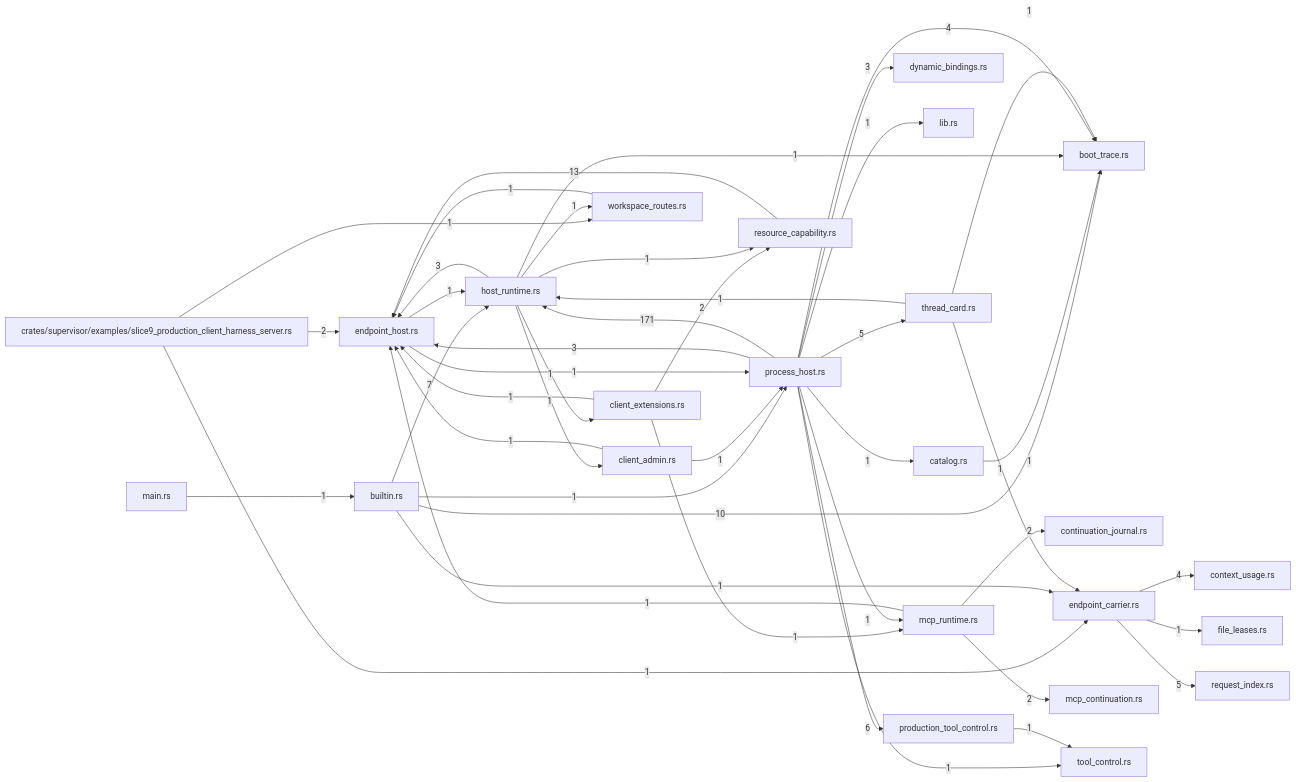
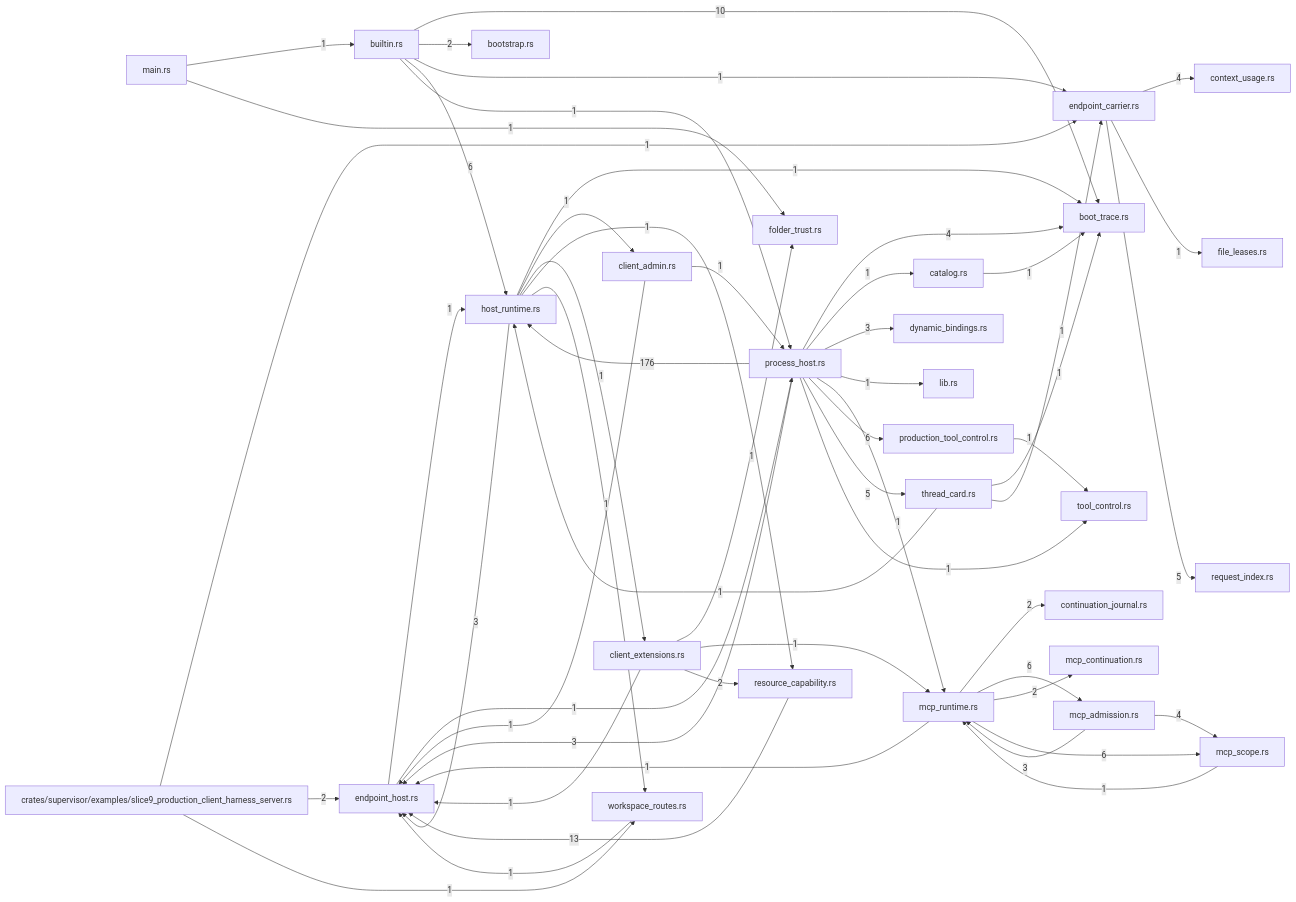
One commit to TekesApps/TekesKernel changed the diagram in crates/supervisor/docs/generated/index.md. Above: the diagram before and after it, drawn with Mermaid. The commit also changed other lines of this file and 147 other files, not shown here.

Commit message:
Enforce host folder trust and canonical MCP ownership (#75)

````diff
--- a/crates/supervisor/docs/generated/index.md
+++ b/crates/supervisor/docs/generated/index.md
@@ -102,70 +109,82 @@
 flowchart LR
   m0["crates/supervisor/examples/slice9_production_client_harness_server.rs"]
   m1["boot_trace.rs"]
-  m2["builtin.rs"]
-  m3["catalog.rs"]
-  m4["client_admin.rs"]
-  m5["client_extensions.rs"]
-  m6["context_usage.rs"]
-  m7["continuation_journal.rs"]
-  m8["dynamic_bindings.rs"]
-  m9["endpoint_carrier.rs"]
-  m10["endpoint_host.rs"]
-  m11["file_leases.rs"]
-  m12["host_runtime.rs"]
-  m13["lib.rs"]
-  m14["main.rs"]
-  m15["mcp_continuation.rs"]
-  m16["mcp_runtime.rs"]
-  m17["process_host.rs"]
-  m18["production_tool_control.rs"]
-  m19["request_index.rs"]
-  m20["resource_capability.rs"]
-  m21["thread_card.rs"]
-  m22["tool_control.rs"]
-  m23["workspace_routes.rs"]
-  m0 -->|"1"| m9
-  m0 -->|"2"| m10
-  m0 -->|"1"| m23
-  m2 -->|"10"| m1
-  m2 -->|"1"| m9
-  m2 -->|"7"| m12
-  m2 -->|"1"| m17
-  m3 -->|"1"| m1
-  m4 -->|"1"| m10
-  m4 -->|"1"| m17
-  m5 -->|"1"| m10
-  m5 -->|"1"| m16
-  m5 -->|"2"| m20
-  m9 -->|"4"| m6
-  m9 -->|"1"| m11
-  m9 -->|"5"| m19
+  m2["bootstrap.rs"]
+  m3["builtin.rs"]
+  m4["catalog.rs"]
+  m5["client_admin.rs"]
+  m6["client_extensions.rs"]
+  m7["context_usage.rs"]
+  m8["continuation_journal.rs"]
+  m9["dynamic_bindings.rs"]
+  m10["endpoint_carrier.rs"]
+  m11["endpoint_host.rs"]
+  m12["file_leases.rs"]
+  m13["folder_trust.rs"]
+  m14["host_runtime.rs"]
+  m15["lib.rs"]
+  m16["main.rs"]
+  m17["mcp_admission.rs"]
+  m18["mcp_continuation.rs"]
+  m19["mcp_runtime.rs"]
+  m20["mcp_scope.rs"]
+  m21["process_host.rs"]
+  m22["production_tool_control.rs"]
+  m23["request_index.rs"]
+  m24["resource_capability.rs"]
+  m25["thread_card.rs"]
+  m26["tool_control.rs"]
+  m27["workspace_routes.rs"]
+  m0 -->|"1"| m10
+  m0 -->|"2"| m11
+  m0 -->|"1"| m27
+  m3 -->|"10"| m1
+  m3 -->|"2"| m2
+  m3 -->|"1"| m10
+  m3 -->|"6"| m14
+  m3 -->|"1"| m21
+  m4 -->|"1"| m1
+  m5 -->|"1"| m11
+  m5 -->|"1"| m21
+  m6 -->|"1"| m11
+  m6 -->|"1"| m13
+  m6 -->|"1"| m19
+  m6 -->|"2"| m24
+  m10 -->|"4"| m7
   m10 -->|"1"| m12
-  m10 -->|"1"| m17
-  m12 -->|"1"| m1
-  m12 -->|"1"| m4
-  m12 -->|"1"| m5
-  m12 -->|"3"| m10
-  m12 -->|"1"| m20
-  m12 -->|"1"| m23
-  m14 -->|"1"| m2
-  m16 -->|"2"| m7
-  m16 -->|"1"| m10
-  m16 -->|"2"| m15
-  m17 -->|"4"| m1
-  m17 -->|"1"| m3
-  m17 -->|"3"| m8
-  m17 -->|"3"| m10
-  m17 -->|"171"| m12
-  m17 -->|"1"| m13
-  m17 -->|"1"| m16
-  m17 -->|"6"| m18
-  m17 -->|"5"| m21
-  m17 -->|"1"| m22
-  m18 -->|"1"| m22
-  m20 -->|"13"| m10
-  m21 -->|"1"| m1
-  m21 -->|"1"| m9
-  m21 -->|"1"| m12
-  m23 -->|"1"| m10
+  m10 -->|"5"| m23
+  m11 -->|"1"| m14
+  m11 -->|"1"| m21
+  m14 -->|"1"| m1
+  m14 -->|"1"| m5
+  m14 -->|"1"| m6
+  m14 -->|"3"| m11
+  m14 -->|"1"| m24
+  m14 -->|"1"| m27
+  m16 -->|"1"| m3
+  m16 -->|"1"| m13
+  m17 -->|"3"| m19
+  m17 -->|"4"| m20
+  m19 -->|"2"| m8
+  m19 -->|"1"| m11
+  m19 -->|"6"| m17
+  m19 -->|"2"| m18
+  m19 -->|"6"| m20
+  m20 -->|"1"| m19
+  m21 -->|"4"| m1
+  m21 -->|"1"| m4
+  m21 -->|"3"| m9
+  m21 -->|"3"| m11
+  m21 -->|"176"| m14
+  m21 -->|"1"| m15
+  m21 -->|"1"| m19
+  m21 -->|"6"| m22
+  m21 -->|"5"| m25
+  m21 -->|"1"| m26
+  m22 -->|"1"| m26
+  m24 -->|"13"| m11
+  m25 -->|"1"| m1
+  m25 -->|"1"| m10
+  m25 -->|"1"| m14
+  m27 -->|"1"| m11
 ```
````
